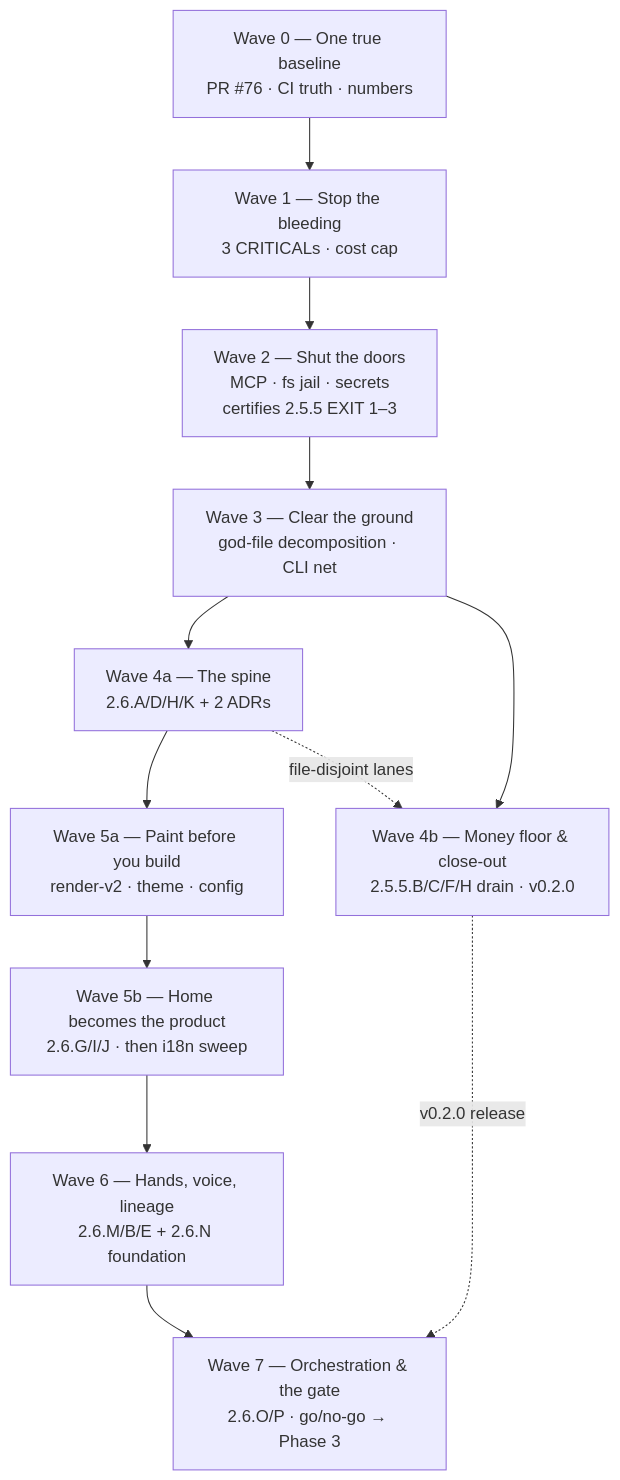
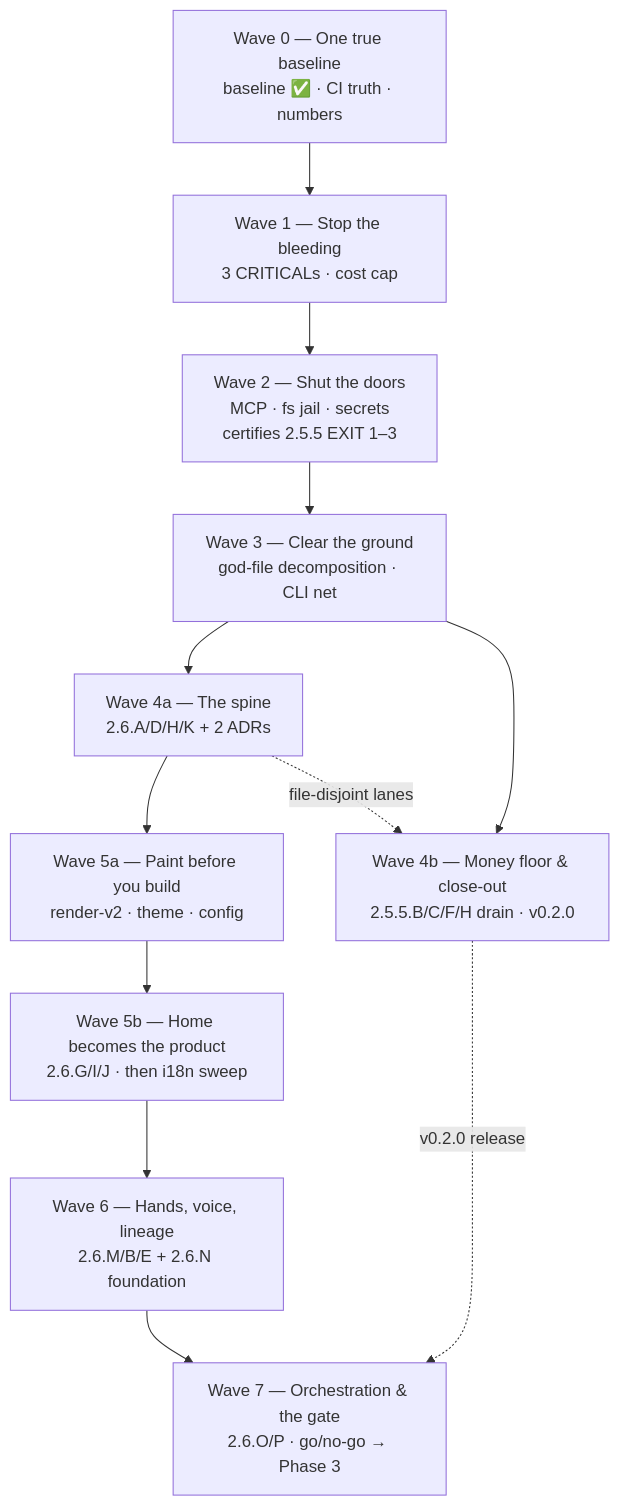
The diagram in docs/roadmap/current.md (HodeTech/Relavium), drawn with Mermaid before and after one commit. The commit also changed other lines of this file and 3 other files, not shown here.

Commit message:
docs(roadmap): update execution order and clarify dependencies for Phase 2.5.5 and 2.6; enhance input normalization in authoring wizards

````diff
--- a/docs/roadmap/current.md
+++ b/docs/roadmap/current.md
@@ -83,17 +83,17 @@
 ```mermaid
 flowchart TD
-    W0["Wave 0 — One true baseline<br/>PR #76 · CI truth · numbers"]
+    W0["Wave 0 — One true baseline<br/>baseline ✅ · CI truth · numbers"]
     W1["Wave 1 — Stop the bleeding<br/>3 CRITICALs · cost cap"]
     W2["Wave 2 — Shut the doors<br/>MCP · fs jail · secrets<br/>certifies 2.5.5 EXIT 1–3"]
     W3["Wave 3 — Clear the ground<br/>god-file decomposition · CLI net"]
     W4a["Wave 4a — The spine<br/>2.6.A/D/H/K + 2 ADRs"]
     W4b["Wave 4b — Money floor & close-out<br/>2.5.5.B/C/F/H drain · v0.2.0"]
     W5a["Wave 5a — Paint before you build<br/>render-v2 · theme · config"]
     W5b["Wave 5b — Home becomes the product<br/>2.6.G/I/J · then i18n sweep"]
     W6["Wave 6 — Hands, voice, lineage<br/>2.6.M/B/E + 2.6.N foundation"]
     W7["Wave 7 — Orchestration & the gate<br/>2.6.O/P · go/no-go → Phase 3"]
     W0 --> W1 --> W2 --> W3 --> W4a --> W5a --> W5b --> W6 --> W7
     W3 --> W4b
     W4b -.->|v0.2.0 release| W7
     W4a -.->|file-disjoint lanes| W4b
 ```
````
